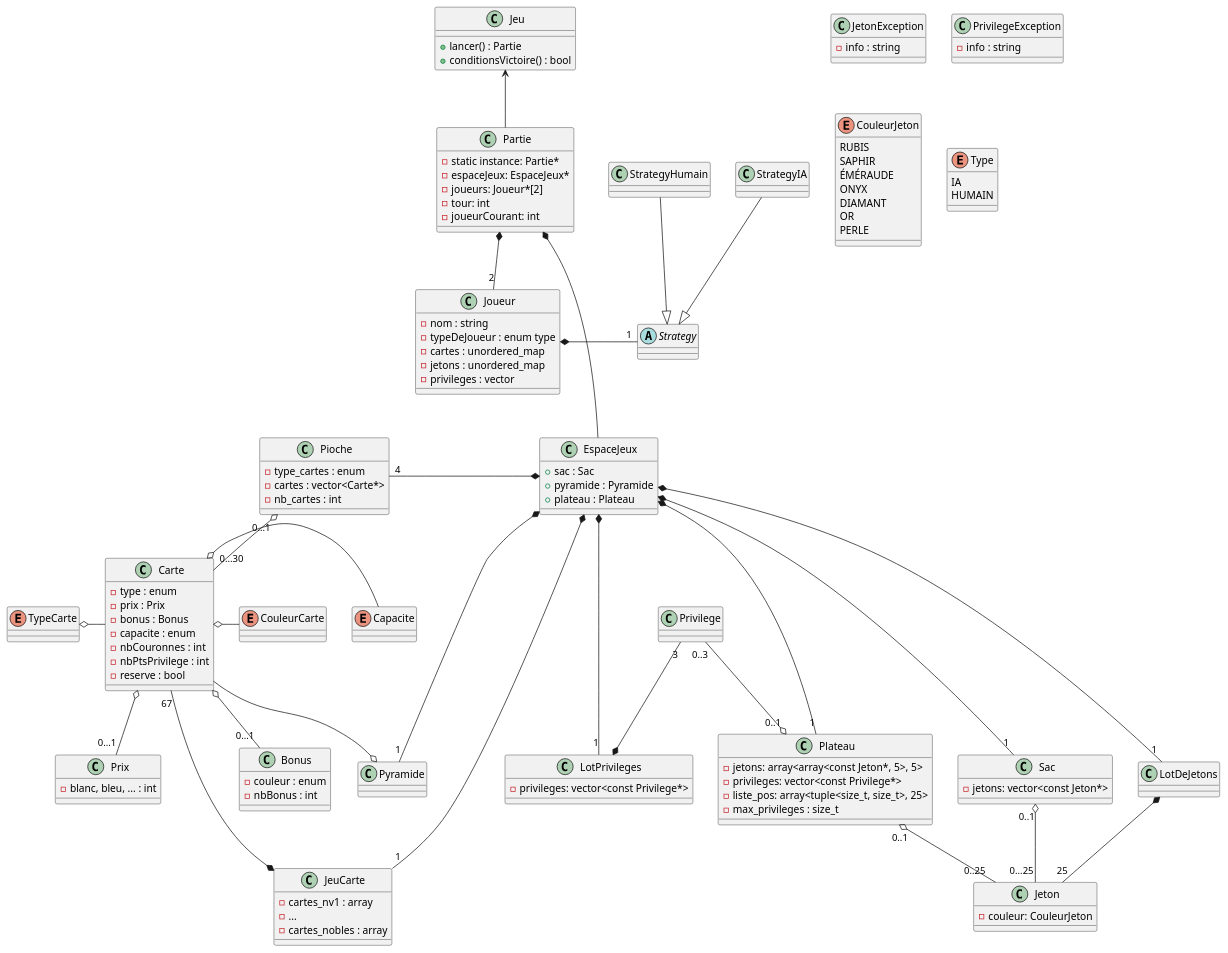
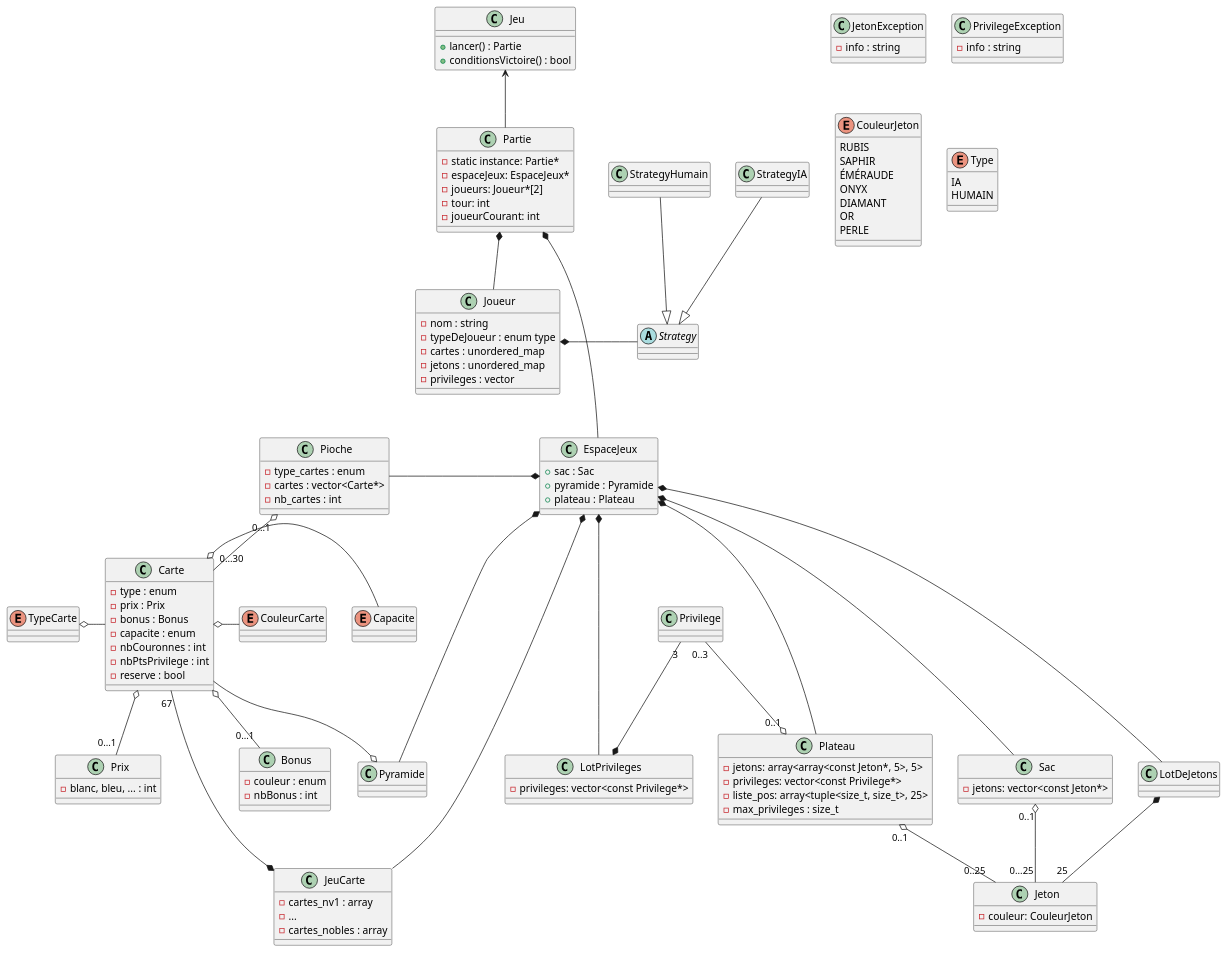
One commit to theguega/OOP-Board-Game changed the diagram in uml/general/splendor.plantuml. Above: the diagram before and after it, drawn with PlantUML. The commit also changed 26 other files, not shown here.

```diff
--- a/uml/general/splendor.plantuml
+++ b/uml/general/splendor.plantuml
@@ -1,163 +1,163 @@
 @startuml splendor
 '    https://plantuml.com/class-diagram
 
 class JetonException {
   - info : string
 }
 
 class PrivilegeException {
   - info : string
 }
 
 enum CouleurJeton {
   RUBIS
   SAPHIR
   ÉMÉRAUDE
   ONYX
   DIAMANT
   OR
   PERLE
 }
 
 
 
 class Jeton {
   - couleur: CouleurJeton
 }
 
 class Privilege {
 }
 
 class LotPrivileges {
   - privileges: vector<const Privilege*>
 }
 
 class Sac {
   - jetons: vector<const Jeton*>
 }
 
 class Plateau {
   - jetons: array<array<const Jeton*, 5>, 5>
   - privileges: vector<const Privilege*>
   - liste_pos: array<tuple<size_t, size_t>, 25>
   - max_privileges : size_t
 }
 
 LotDeJetons *--"25" Jeton
 Sac "0..1" o-- "0...25" Jeton
 Privilege "3" --* LotPrivileges
 Plateau "0..1" o- "0..25" Jeton
 Privilege "0..3" -o "0..1" Plateau
 
 ' Cartes
 
 enum CouleurCarte
 
 enum TypeCarte
 
 enum Capacite
 
 class Carte{
     - type : enum
     - prix : Prix
     - bonus : Bonus
     - capacite : enum
     - nbCouronnes : int
     - nbPtsPrivilege : int
     - reserve : bool
 }
 
 class Bonus{
     - couleur : enum
     - nbBonus : int
 }
 
 class Prix{
     - blanc, bleu, ... : int
 }
 
 class Pioche {
     - type_cartes : enum
     - cartes : vector<Carte*>
     - nb_cartes : int
 }
 
 class JeuCarte {
     - cartes_nv1 : array
     - ...
     - cartes_nobles : array
 }
 
 class Pyramide {
 }
 
 Carte "67" ---* JeuCarte
 Carte --o Pyramide
 Pioche "0...1" o-- "0...30"Carte
 Carte o-- "0...1" Bonus
 Carte o-- "0...1" Prix
 Carte o- CouleurCarte
 TypeCarte o- Carte
 Carte o- Capacite
 
 ' Joueur
 
 class Joueur {
     - nom : string
     - typeDeJoueur : enum type
     - cartes : unordered_map
     - jetons : unordered_map
     - privileges : vector
 }
 
 abstract Strategy {
 }
 
 class StrategyHumain
 class StrategyIA
 
-Joueur *- "1" Strategy
+Joueur *- Strategy
 StrategyHumain --|> Strategy
 StrategyIA --|> Strategy
 enum Type {
     IA
     HUMAIN
 }
 
 ' Partie
 
 class Partie {
     - static instance: Partie*
     - espaceJeux: EspaceJeux*
     - joueurs: Joueur*[2]
     - tour: int
     - joueurCourant: int
 }
 
 ' Others
 
 class EspaceJeux {
     + sac : Sac
     + pyramide : Pyramide
     + plateau : Plateau
 }
 
 class Jeu {
     + lancer() : Partie
     + conditionsVictoire() : bool
 }
 
 Partie *--- EspaceJeux
-Partie *--"2" Joueur
+Partie *-- Joueur
 
-EspaceJeux *---"1" Sac
-EspaceJeux *---"1" Pyramide
-EspaceJeux *---"1" Plateau
-EspaceJeux *---"1" LotDeJetons
-EspaceJeux *---"1" LotPrivileges
-EspaceJeux *--"1" JeuCarte
-Pioche "4"-* EspaceJeux
+EspaceJeux *--- Sac
+EspaceJeux *--- Pyramide
+EspaceJeux *--- Plateau
+EspaceJeux *--- LotDeJetons
+EspaceJeux *--- LotPrivileges
+EspaceJeux *-- JeuCarte
+Pioche -* EspaceJeux
 
 Jeu <-- Partie
 
 @enduml
```
